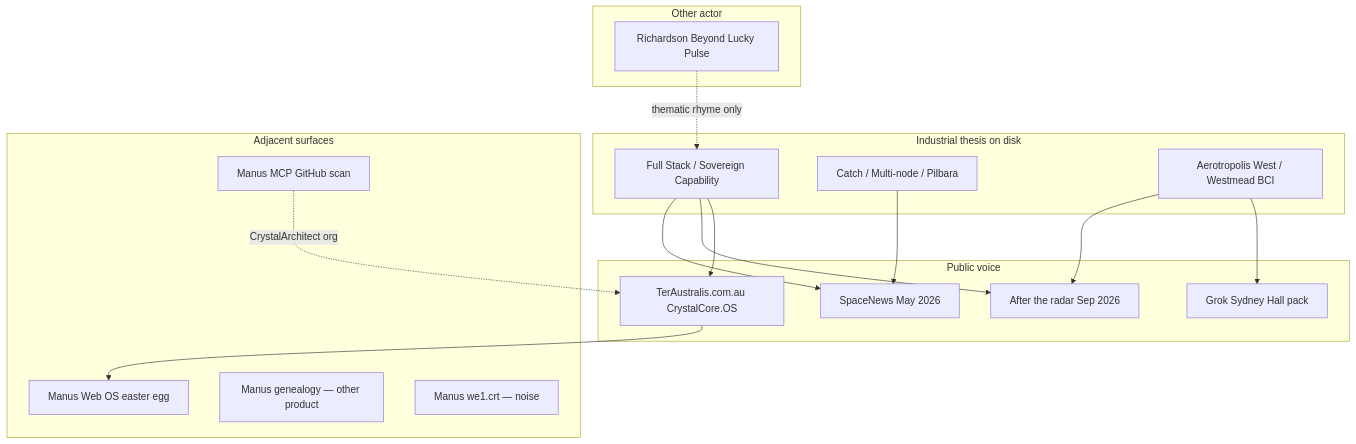
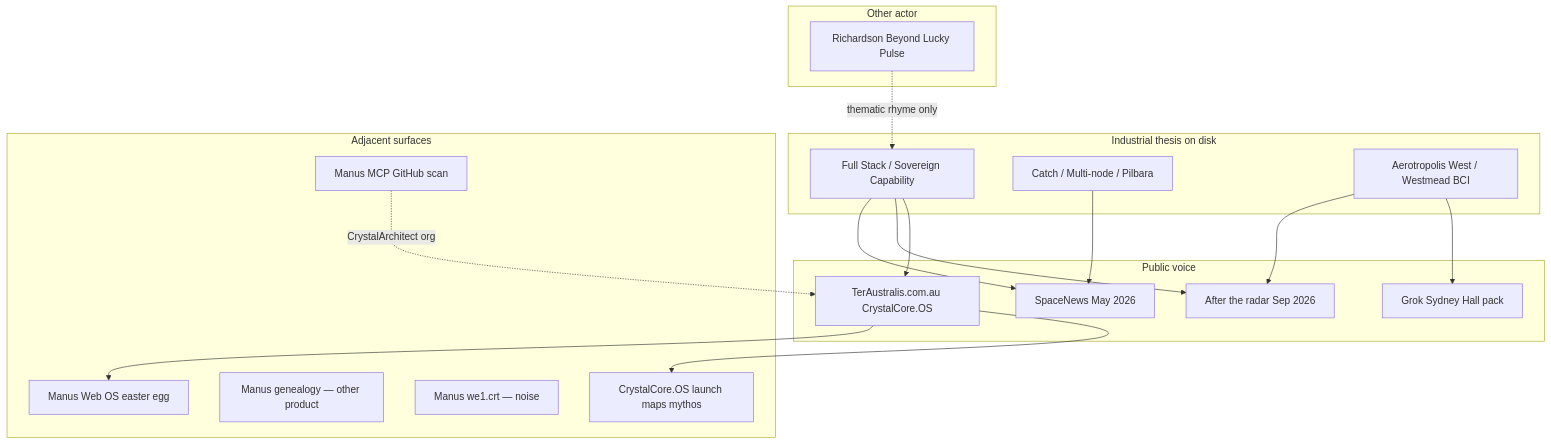
Before and after one commit to CrystalArchitect/The-Crystal-Vision-System: the diagram in 13_RESEARCH_SOURCES/sitting-2026-09-23-beyond-lucky-overlap/SYNTHESIS.md, drawn with Mermaid. The commit also changed other lines of this file and 10 other files, not shown here.

First line of the commit message:
Fold CrystalCore.OS visual dump into sitting synthesis

````diff
--- a/13_RESEARCH_SOURCES/sitting-2026-09-23-beyond-lucky-overlap/SYNTHESIS.md
+++ b/13_RESEARCH_SOURCES/sitting-2026-09-23-beyond-lucky-overlap/SYNTHESIS.md
@@ -17,32 +17,34 @@
 ```mermaid
 flowchart TB
   subgraph public [Public voice]
     SN[SpaceNews May 2026]
     ATR[After the radar Sep 2026]
     TA[TerAustralis.com.au CrystalCore.OS]
     Grok[Grok Sydney Hall pack]
   end
   subgraph thesis [Industrial thesis on disk]
     FS[Full Stack / Sovereign Capability]
     Catch[Catch / Multi-node / Pilbara]
     Aero[Aerotropolis West / Westmead BCI]
   end
   subgraph surfaces [Adjacent surfaces]
     ManusEgg[Manus Web OS easter egg]
     ManusMCP[Manus MCP GitHub scan]
     ManusGene[Manus genealogy — other product]
     ManusCRT[Manus we1.crt — noise]
+    Mythos[CrystalCore.OS launch maps mythos]
   end
   subgraph other [Other actor]
     BL[Richardson Beyond Lucky Pulse]
   end
   FS --> SN
   FS --> ATR
   Catch --> SN
   Aero --> ATR
   Aero --> Grok
   FS --> TA
   TA --> ManusEgg
+  TA --> Mythos
   ManusMCP -.->|CrystalArchitect org| TA
   BL -.->|thematic rhyme only| FS
 ```
````
